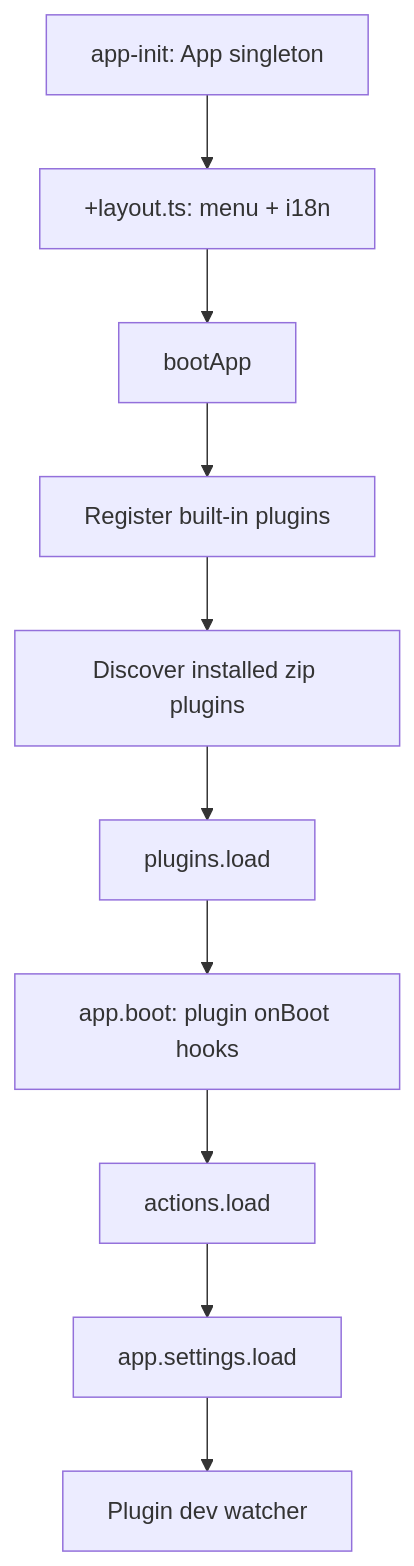
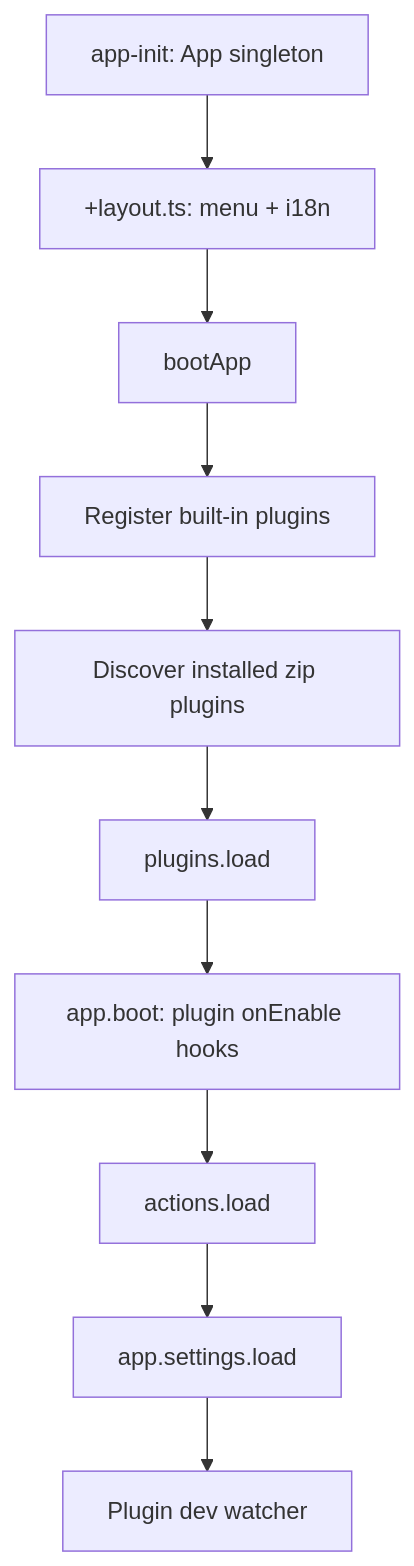
The diagram in ARCHITECTURE.md (stream-kit-app/app), drawn with Mermaid before and after one commit. The commit also changed other lines of this file and 547 other files, not shown here.

````diff
--- a/ARCHITECTURE.md
+++ b/ARCHITECTURE.md
@@ -17,12 +17,12 @@
 ```mermaid
 flowchart TD
   init[app-init: App singleton] --> layout[+layout.ts: menu + i18n]
   layout --> boot[bootApp]
   boot --> use[Register built-in plugins]
   use --> external[Discover installed zip plugins]
   external --> load[plugins.load]
-  load --> pluginBoot[app.boot: plugin onBoot hooks]
+  load --> pluginBoot[app.boot: plugin onEnable hooks]
   pluginBoot --> actions[actions.load]
   actions --> settings[app.settings.load]
   settings --> dev[Plugin dev watcher]
 ```
````
